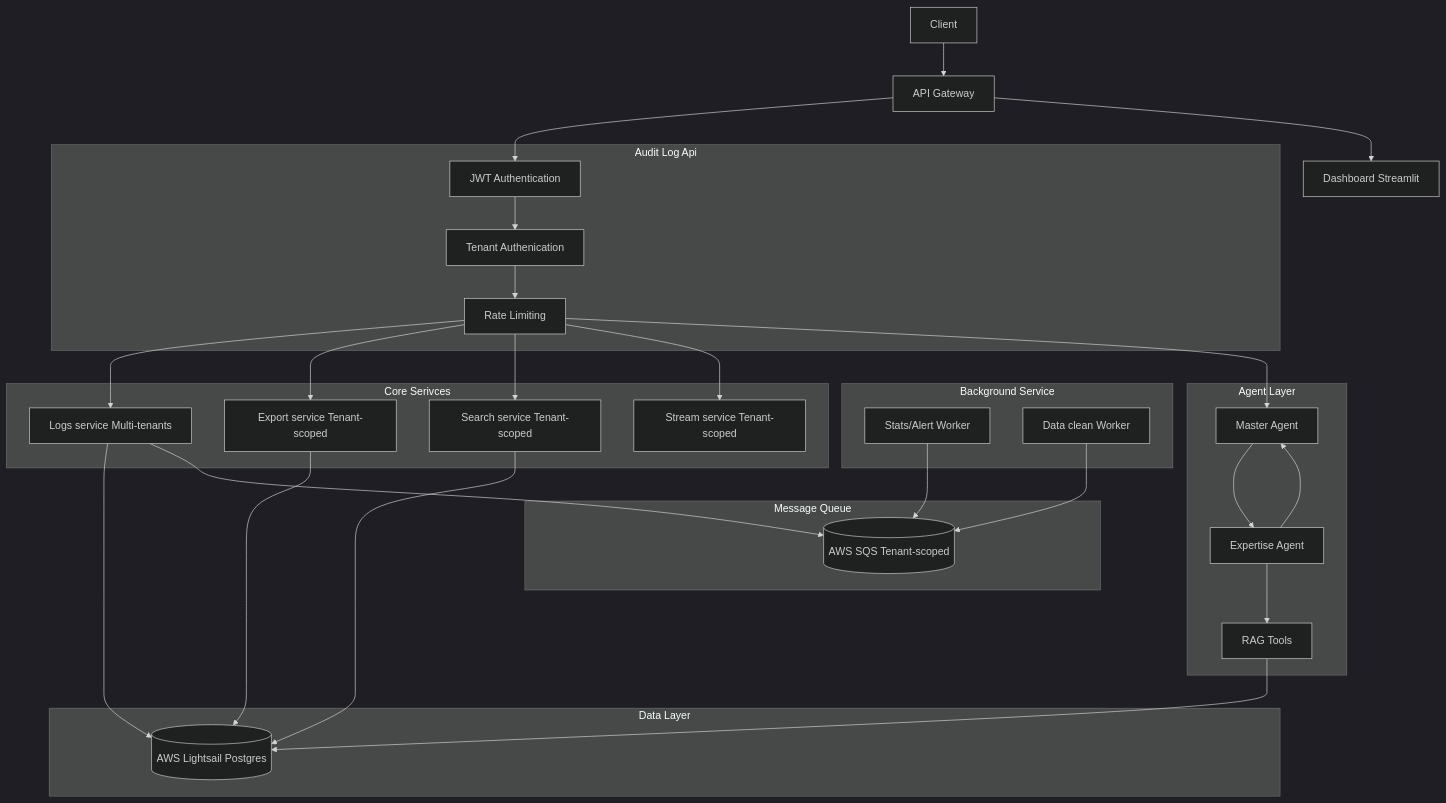
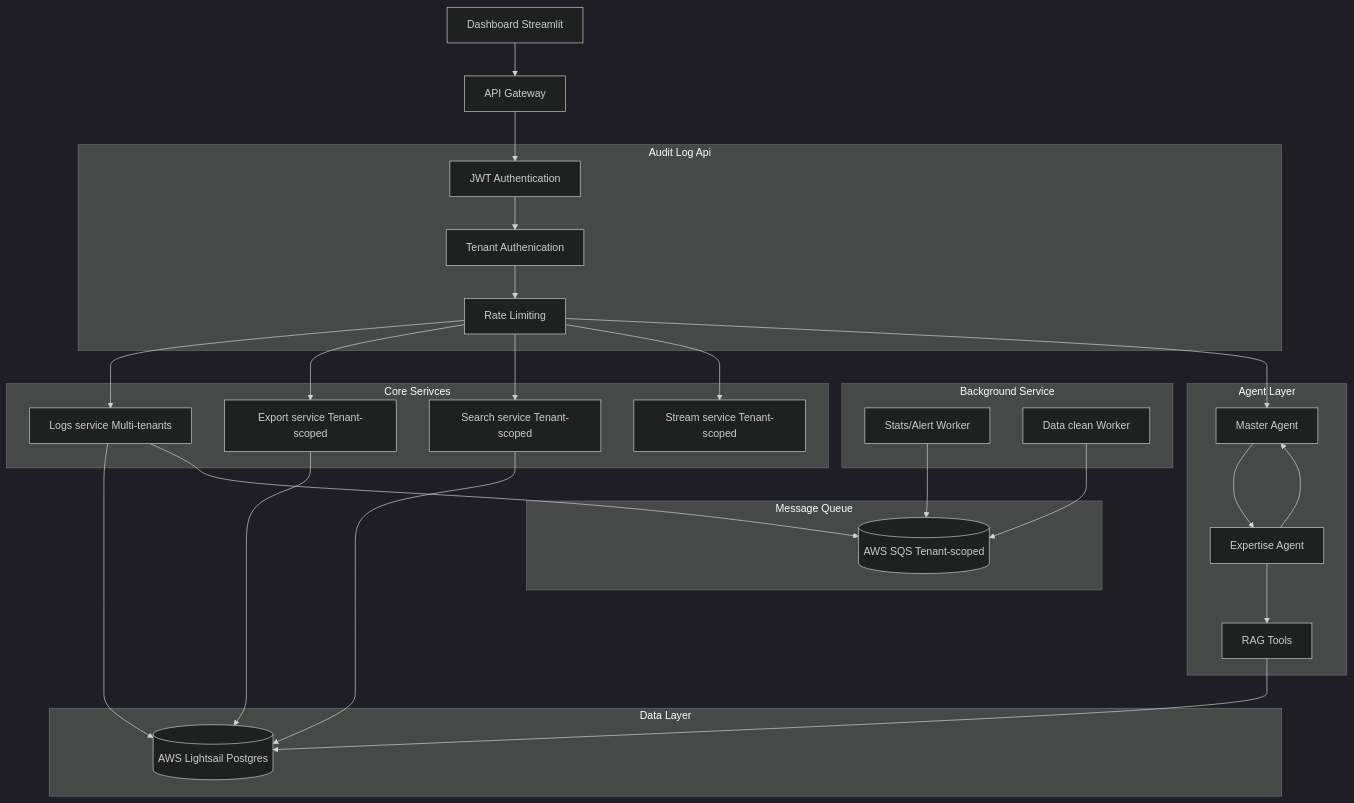
One commit to thinhsuy/audit-log-api changed the diagram in README.md. Above: the diagram before and after it, drawn with Mermaid (dark theme). The commit also changed other lines of this file and 12 other files, not shown here.

````diff
--- a/README.md
+++ b/README.md
@@ -194,42 +197,42 @@
 ```mermaid
 flowchart TD
-    subgraph subGraph0["Audit Log Api"]
-        JWT["JWT Authentication"]
-        TA["Tenant Authenication"]
-        RATE["Rate Limiting"]
-    end
-    subgraph subGraph1["Core Serivces"]
-        LOGS["Logs service Multi-tenants"]
-        EXPORT["Export service Tenant-scoped"]
-        SEARCH["Search service Tenant-scoped"]
-        STREAM["Stream service Tenant-scoped"]
-    end
-    subgraph subGraph2["Data Layer"]
+  subgraph subGraph0["Audit Log Api"]
+    JWT["JWT Authentication"]
+    TA["Tenant Authenication"]
+    RATE["Rate Limiting"]
+  end
+  subgraph subGraph1["Core Serivces"]
+    LOGS["Logs service Multi-tenants"]
+    EXPORT["Export service Tenant-scoped"]
+    SEARCH["Search service Tenant-scoped"]
+    STREAM["Stream service Tenant-scoped"]
+  end
+  subgraph subGraph2["Data Layer"]
         POSTGRES[("AWS Lightsail Postgres")]
-    end
-    subgraph subGraph3["Message Queue"]
-        SQS[("AWS SQS Tenant-scoped")]
-    end
-    subgraph subGraph4["Background Service"]
-        STATS["Stats/Alert Worker"]
-        CLEAN["Data clean Worker"]
-    end
-    subgraph subGraph5["Agent Layer"]
-        MASTER["Master Agent"]
-        EXPERTISE["Expertise Agent"]
-        TOOLS["RAG Tools"]
-    end
-    Client["Client"] --> GATE["API Gateway"]
-    GATE --> JWT & UI["Dashboard Streamlit"]
-    JWT --> TA
-    TA --> RATE
-    RATE --> LOGS & EXPORT & SEARCH & STREAM & MASTER
-    LOGS --> POSTGRES & SQS
-    EXPORT --> POSTGRES
-    SEARCH --> POSTGRES
-    STATS --> SQS
-    CLEAN --> SQS
-    MASTER --> EXPERTISE
-    EXPERTISE --> MASTER & TOOLS
-    TOOLS --> POSTGRES
+  end
+  subgraph subGraph3["Message Queue"]
+    SQS[("AWS SQS Tenant-scoped")]
+  end
+  subgraph subGraph4["Background Service"]
+    STATS["Stats/Alert Worker"]
+    CLEAN["Data clean Worker"]
+  end
+  subgraph subGraph5["Agent Layer"]
+    MASTER["Master Agent"]
+    EXPERTISE["Expertise Agent"]
+    TOOLS["RAG Tools"]
+  end
+  UI["Dashboard Streamlit"] --> GATE["API Gateway"]
+  GATE --> JWT 
+  JWT --> TA
+  TA --> RATE
+  RATE --> LOGS & EXPORT & SEARCH & STREAM & MASTER
+  LOGS --> POSTGRES & SQS
+  EXPORT --> POSTGRES
+  SEARCH --> POSTGRES
+  STATS --> SQS
+  CLEAN --> SQS
+  MASTER --> EXPERTISE
+  EXPERTISE --> MASTER & TOOLS
+  TOOLS --> POSTGRES
 ```
````
